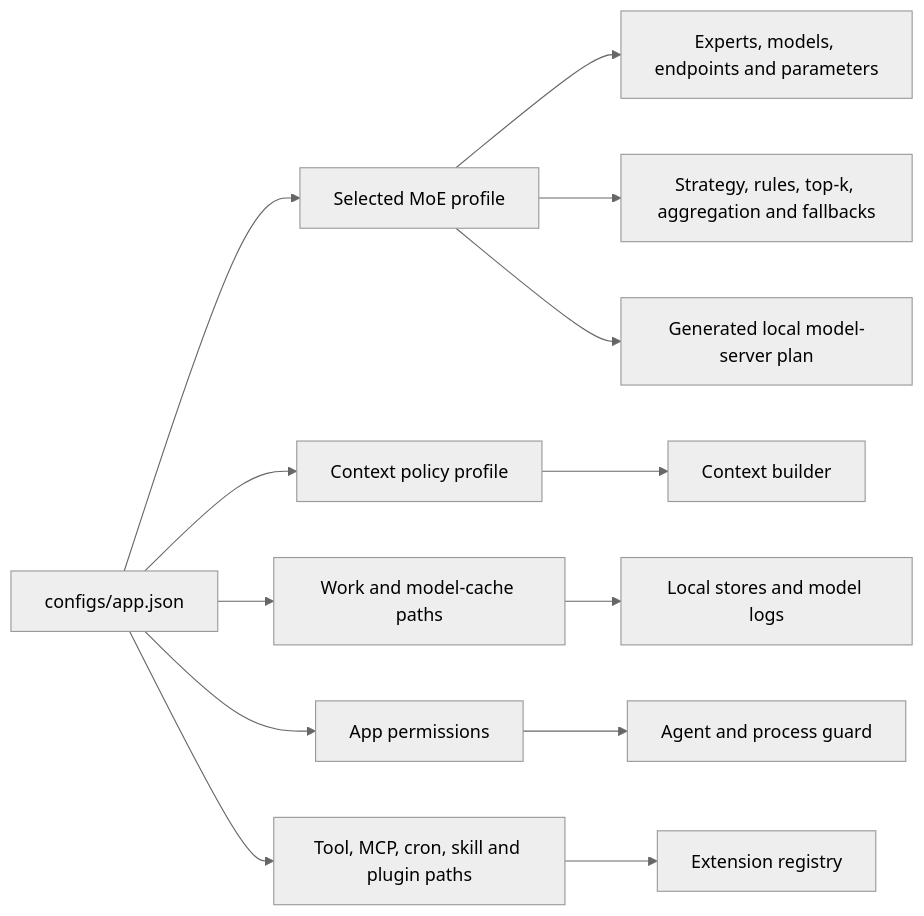
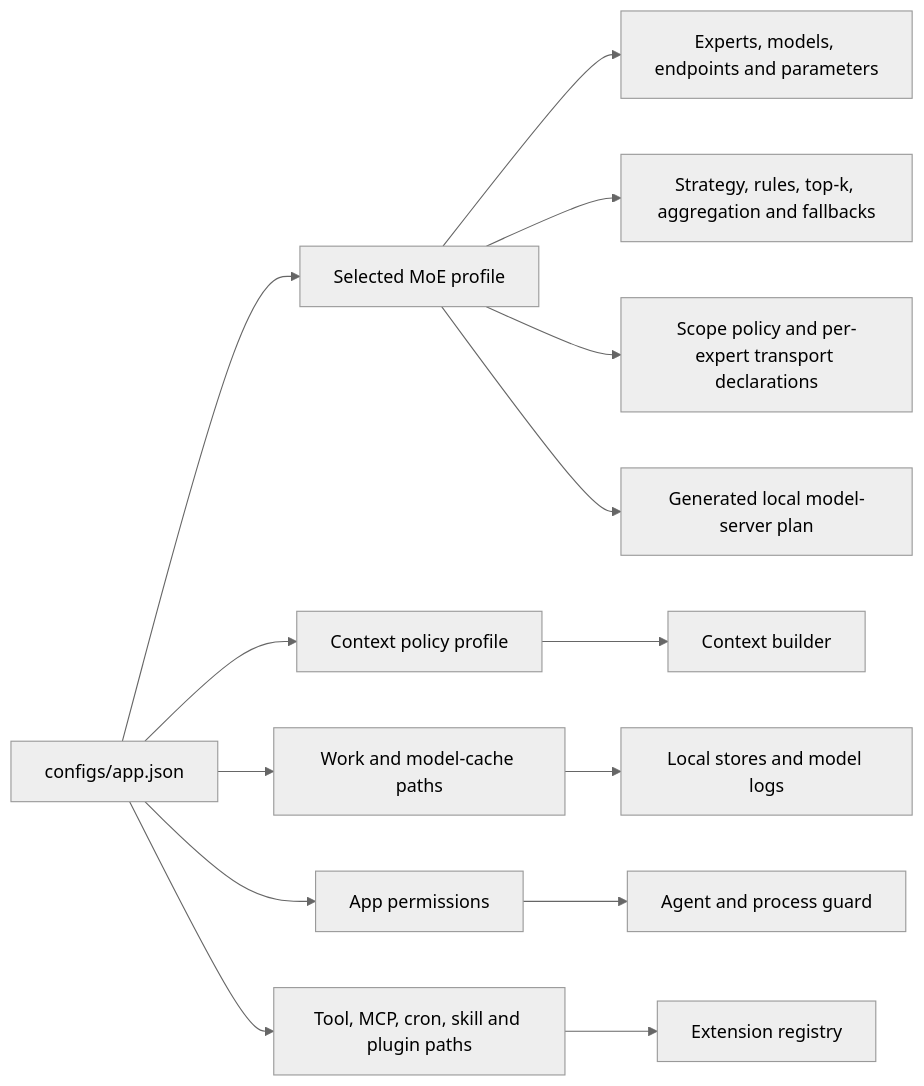
The second of 8 diagrams in docs/how-it-works/README.md (aantenore/myMoE), drawn with Mermaid (neutral theme) before and after one commit. The commit also changed other lines of this file and 19 other files, not shown here.

Commit message:
docs: define execution scope contract

````diff
--- a/docs/how-it-works/README.md
+++ b/docs/how-it-works/README.md
@@ -69,17 +75,18 @@
 ```mermaid
 flowchart LR
     App["configs/app.json"] --> Profile["Selected MoE profile"]
     App --> Policy["Context policy profile"]
     App --> Paths["Work and model-cache paths"]
     App --> Permissions["App permissions"]
     App --> Registries["Tool, MCP, cron, skill and plugin paths"]
 
     Profile --> Experts["Experts, models, endpoints and parameters"]
     Profile --> Routing["Strategy, rules, top-k, aggregation and fallbacks"]
+    Profile --> Execution["Scope policy and per-expert transport declarations"]
     Profile --> Planner["Generated local model-server plan"]
 
     Policy --> Context["Context builder"]
     Registries --> Extensions["Extension registry"]
     Permissions --> AgentGuard["Agent and process guard"]
     Paths --> Stores["Local stores and model logs"]
 ```
````
